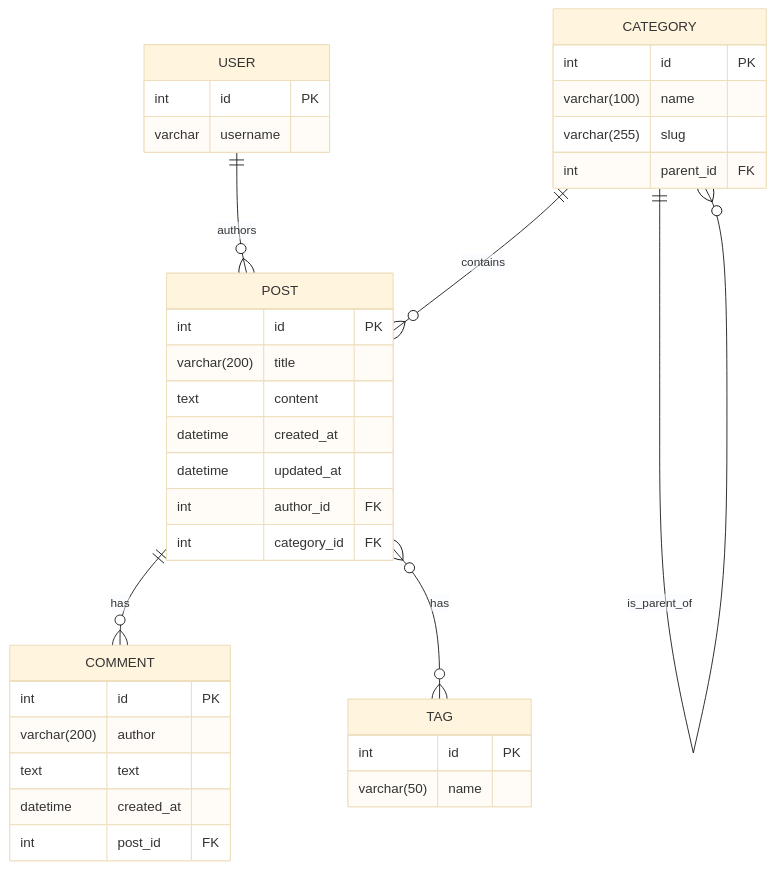
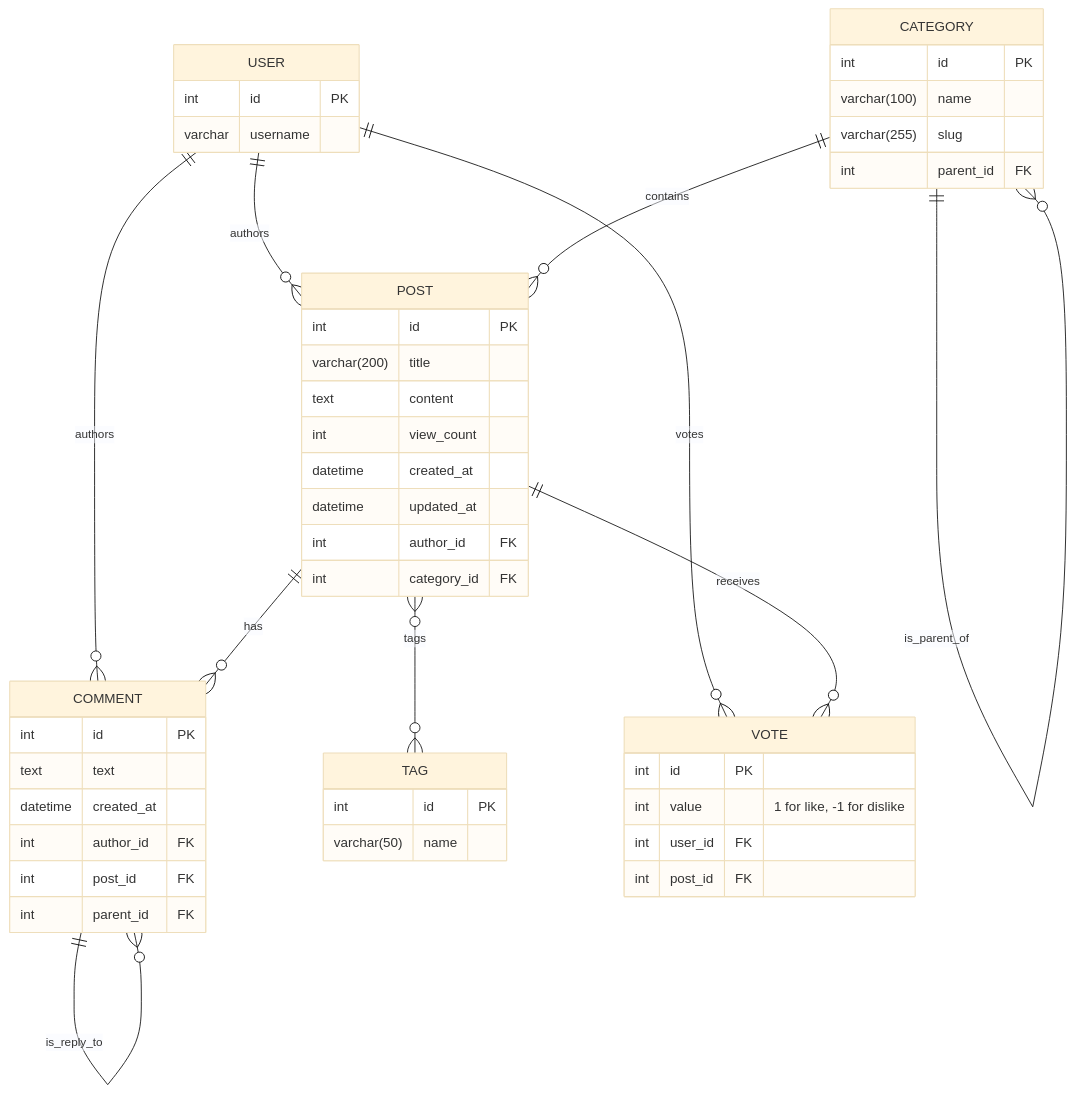
One commit to lain13/django-blog-with-cline-gemini-2.5-pro changed the second of 2 diagrams in memory-bank/systemPatterns.md. Above: the diagram before and after it, drawn with Mermaid (base theme). The commit also changed 15 other files, not shown here.

First line of the commit message:
feat: Implement like/dislike voting for posts

````diff
--- a/memory-bank/systemPatterns.md
+++ b/memory-bank/systemPatterns.md
@@ -64,43 +64,59 @@
 ```mermaid
 erDiagram
     USER {
         int id PK
         varchar username
     }
 
     POST {
         int id PK
         varchar(200) title
         text content
+        int view_count
         datetime created_at
         datetime updated_at
         int author_id FK
         int category_id FK
     }
 
     COMMENT {
         int id PK
-        varchar(200) author
         text text
         datetime created_at
+        int author_id FK
         int post_id FK
+        int parent_id FK
     }
 
     TAG {
         int id PK
         varchar(50) name
     }
 
     CATEGORY {
         int id PK
         varchar(100) name
         varchar(255) slug
         int parent_id FK
     }
 
+    VOTE {
+        int id PK
+        int value "1 for like, -1 for dislike"
+        int user_id FK
+        int post_id FK
+    }
+
     USER ||--o{ POST : "authors"
+    USER ||--o{ COMMENT : "authors"
+    USER ||--o{ VOTE : "votes"
+
     POST ||--o{ COMMENT : "has"
-    POST }o--o{ TAG : "has"
+    POST }o--o{ TAG : "tags"
+    POST ||--o{ VOTE : "receives"
+
     CATEGORY ||--o{ POST : "contains"
     CATEGORY ||--o{ CATEGORY : "is_parent_of"
+
+    COMMENT ||--o{ COMMENT : "is_reply_to"
 ```
````
